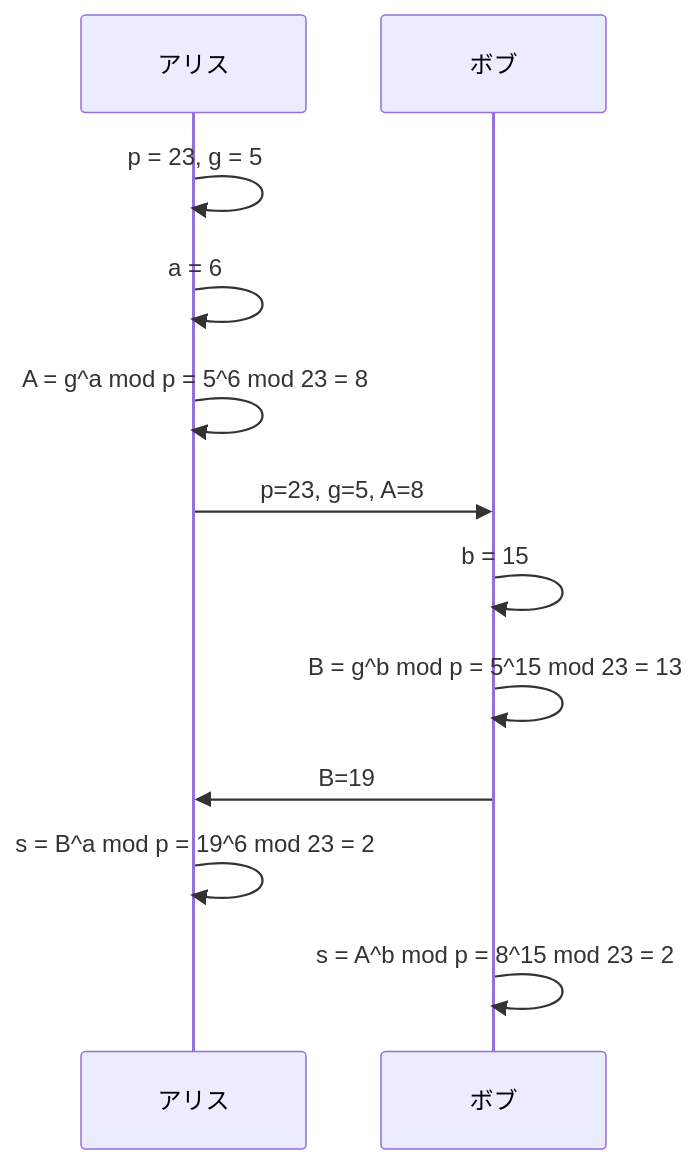
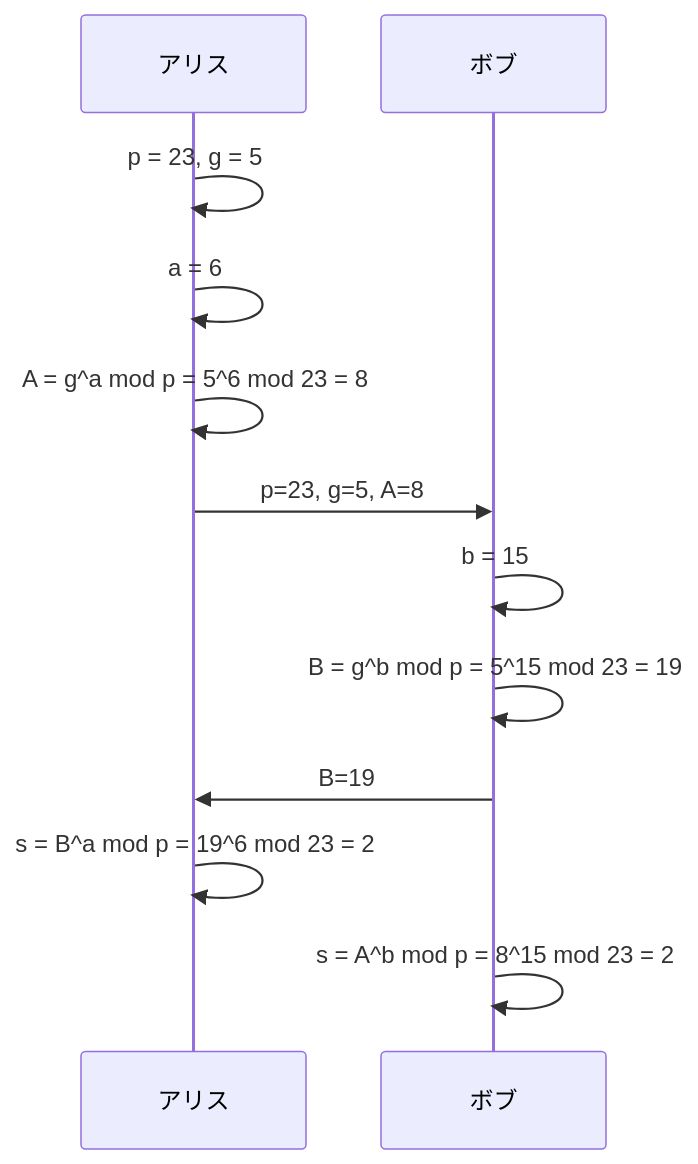
Before and after one commit to densuke/2025-network-doc: the diagram in source/appendix/pubkey.md, drawn with Mermaid. The commit also changed other lines of this file, not shown here.

Commit message:
計算の修正

````diff
--- a/source/appendix/pubkey.md
+++ b/source/appendix/pubkey.md
@@ -146,15 +146,15 @@
 ```{mermaid}
 sequenceDiagram
     participant Alice as アリス
     participant Bob as ボブ
 
     Alice->>Alice: p = 23, g = 5
     Alice->>Alice: a = 6
     Alice->>Alice: A = g^a mod p = 5^6 mod 23 = 8
     Alice->>Bob: p=23, g=5, A=8
     Bob->>Bob: b = 15
-    Bob->>Bob: B = g^b mod p = 5^15 mod 23 = 13
-    Bob->>Alice: B=19
-    Alice->>Alice: s = B^a mod p = 19^6 mod 23 = 2
+  Bob->>Bob: B = g^b mod p = 5^15 mod 23 = 19
+  Bob->>Alice: B=19
+  Alice->>Alice: s = B^a mod p = 19^6 mod 23 = 2
     Bob->>Bob: s = A^b mod p = 8^15 mod 23 = 2
 ```
````
